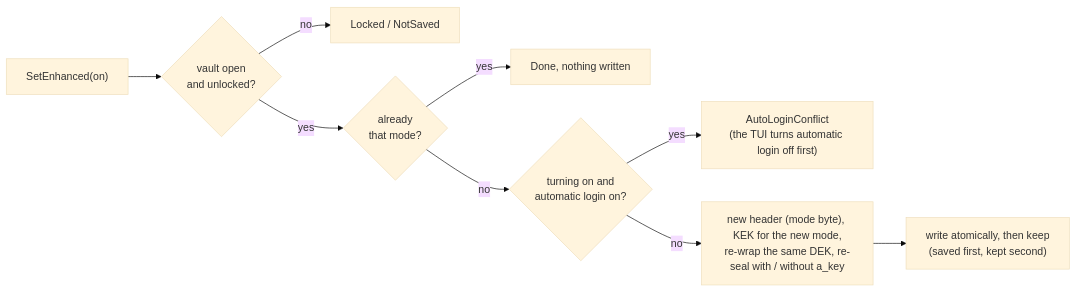
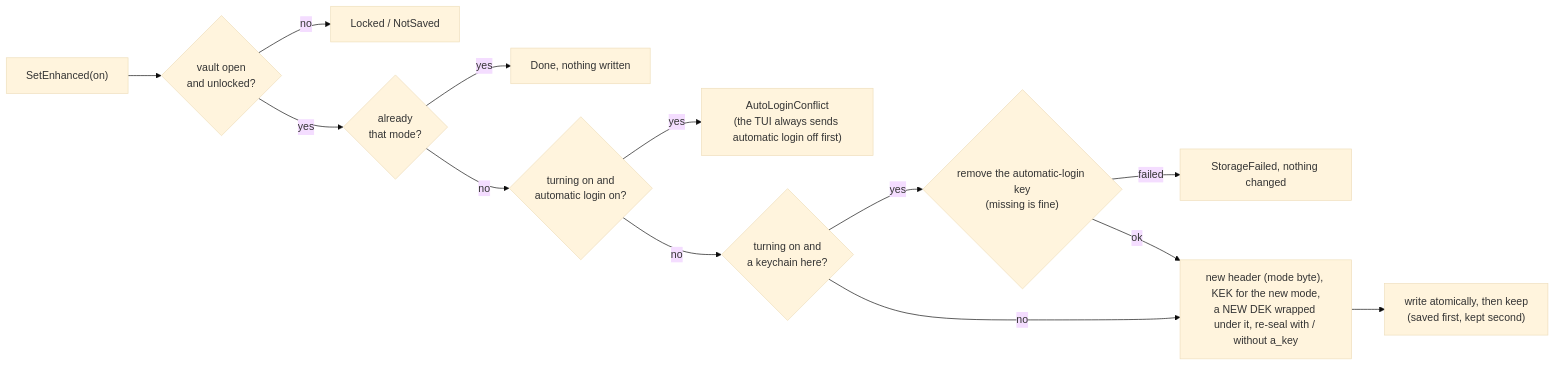
Before and after one commit to czarekkdev/cesaconn: the fifth of 5 diagrams in docs/diagrams/keys-and-storage.md, drawn with Mermaid (base theme). The commit also changed other lines of this file and 10 other files, not shown here.

````diff
--- a/docs/diagrams/keys-and-storage.md
+++ b/docs/diagrams/keys-and-storage.md
@@ -86,11 +93,15 @@
 ```mermaid
 flowchart LR
     req["SetEnhanced(on)"] --> open{"vault open<br/>and unlocked?"}
     open -- no --> refused["Locked / NotSaved"]
     open -- yes --> same{"already<br/>that mode?"}
     same -- yes --> done["Done, nothing written"]
     same -- no --> auto{"turning on and<br/>automatic login on?"}
-    auto -- yes --> conflict["AutoLoginConflict<br/>(the TUI turns automatic login off first)"]
-    auto -- no --> rewrap["new header (mode byte), KEK for the new mode,<br/>re-wrap the same DEK, re-seal with / without a_key"]
+    auto -- yes --> conflict["AutoLoginConflict<br/>(the TUI always sends automatic login off first)"]
+    auto -- no --> kc{"turning on and<br/>a keychain here?"}
+    kc -- yes --> del{"remove the automatic-login key<br/>(missing is fine)"}
+    del -- failed --> storage["StorageFailed, nothing changed"]
+    del -- ok --> rewrap
+    kc -- no --> rewrap["new header (mode byte), KEK for the new mode,<br/>a NEW DEK wrapped under it, re-seal with / without a_key"]
     rewrap --> write["write atomically, then keep<br/>(saved first, kept second)"]
 ```
````
